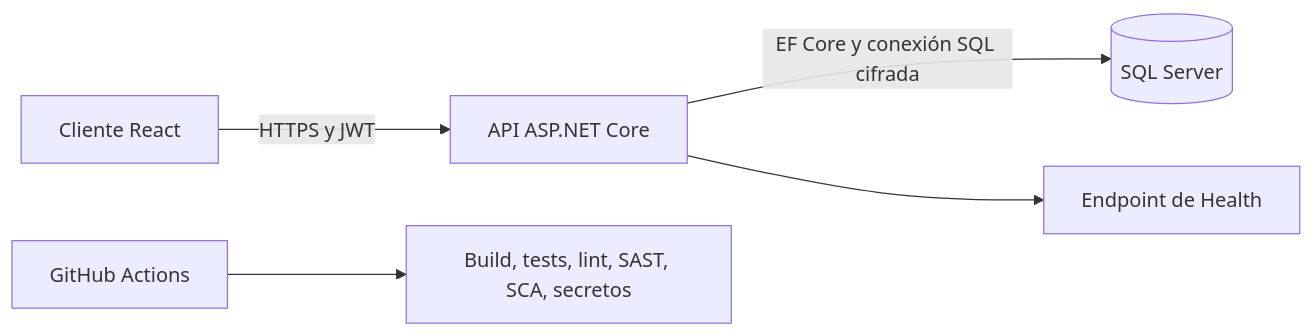
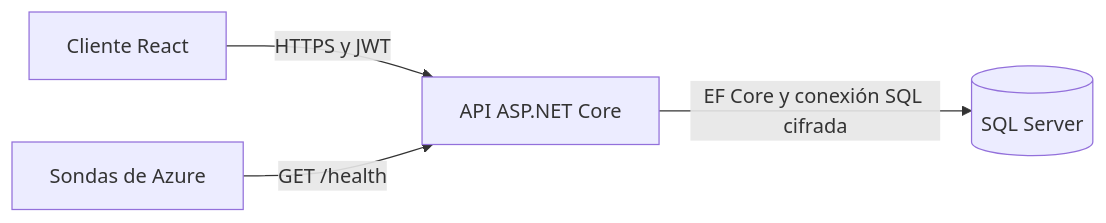
Before and after one commit to 92mosp/FYM: the first of 2 diagrams in docs/ARCHITECTURE.md, drawn with Mermaid. The commit also changed other lines of this file and 81 other files, not shown here.

First line of the commit message:
Remove Docker, fix the client and harden the API for Azure

````diff
--- a/docs/ARCHITECTURE.md
+++ b/docs/ARCHITECTURE.md
@@ -7,7 +7,6 @@
 ```mermaid
 flowchart LR
   Browser[Cliente React] -->|HTTPS y JWT| API[API ASP.NET Core]
   API -->|EF Core y conexión SQL cifrada| DB[(SQL Server)]
-  API --> Health[Endpoint de Health]
-  GitHub[GitHub Actions] --> CI[Build, tests, lint, SAST, SCA, secretos]
+  Probe[Sondas de Azure] -->|GET /health| API
 ```
````
